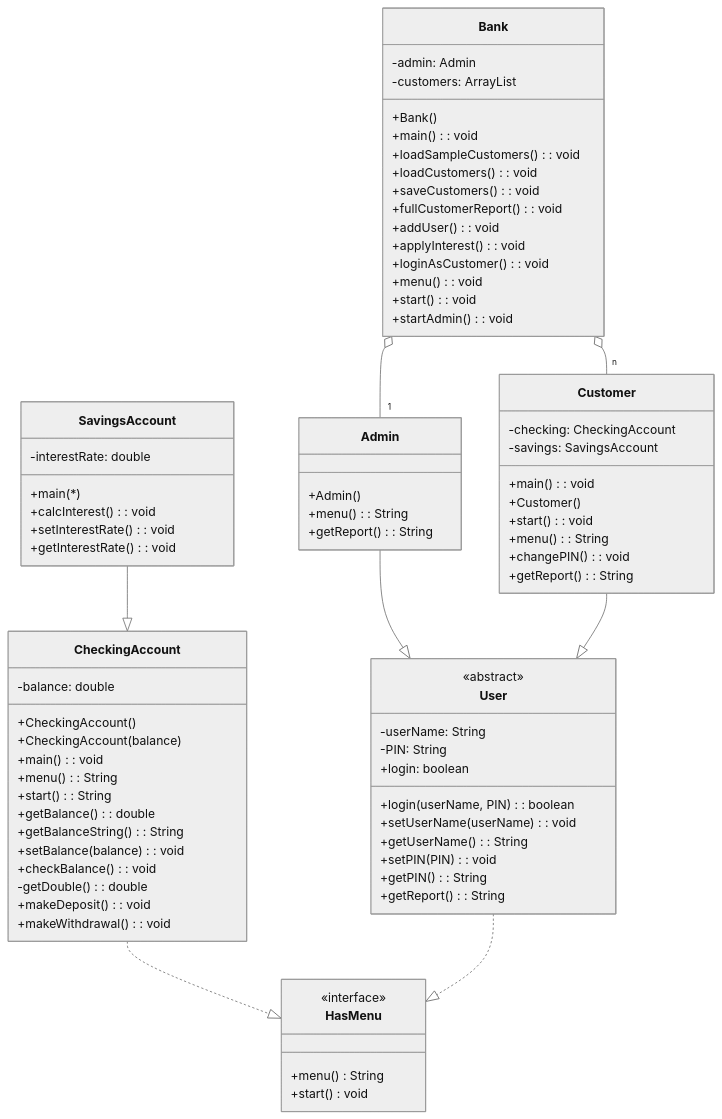
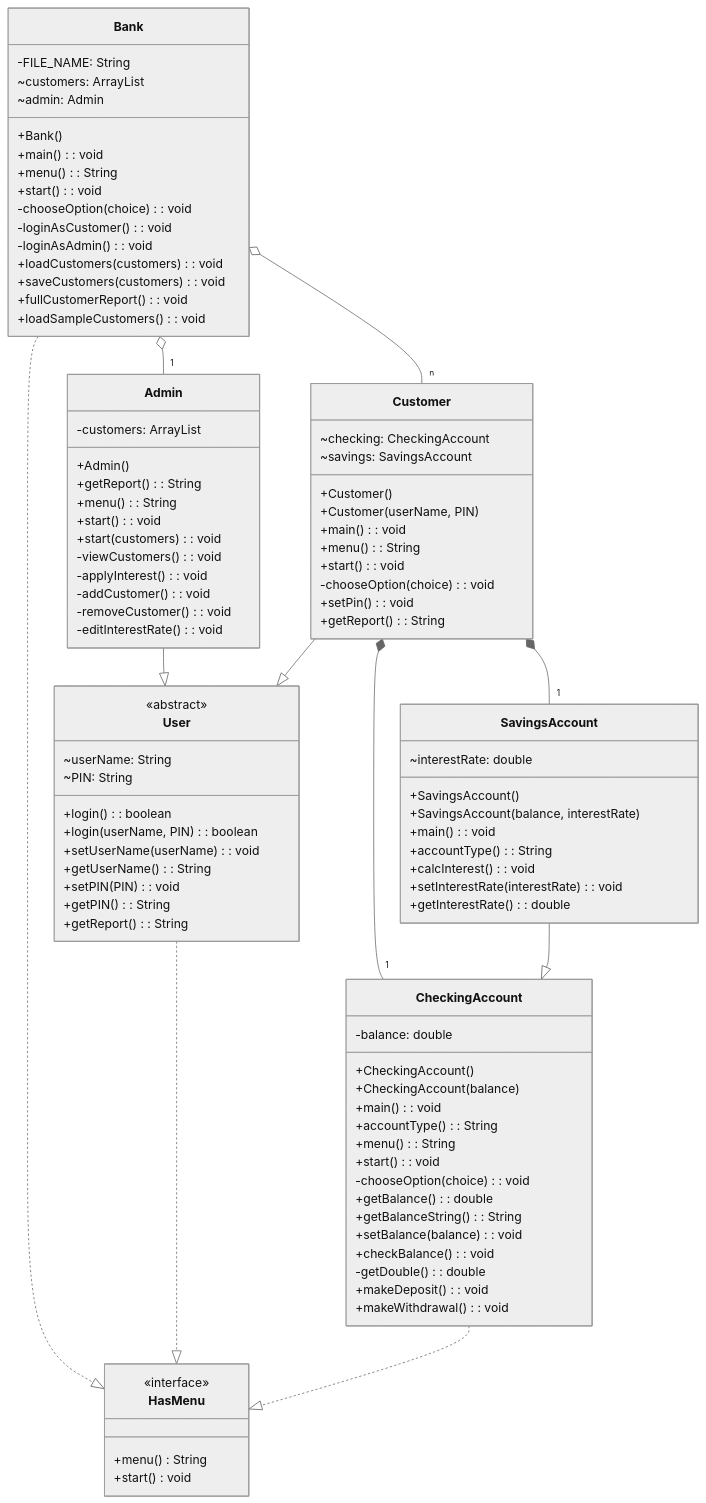
One commit to harmfooly/Bank-On-It-1 changed the diagram in README.md. Above: the diagram before and after it, drawn with Mermaid (neutral theme). The commit also changed other lines of this file, not shown here.

````diff
--- a/README.md
+++ b/README.md
@@ -17,8 +16,10 @@
         +CheckingAccount()
         +CheckingAccount(balance)
         +main(): void
+        +accountType(): String
         +menu(): String
-        +start(): String
+        +start(): void
+        -chooseOption(choice): void
         +getBalance(): double
         +getBalanceString(): String
         +setBalance(balance): void
@@ -29,18 +30,21 @@
     }
 
     class SavingsAccount {
-        -interestRate: double
-        +main(*)
+        ~interestRate: double
+        +SavingsAccount()
+        +SavingsAccount(balance, interestRate)
+        +main(): void
+        +accountType(): String
         +calcInterest(): void
-        +setInterestRate(): void
-        +getInterestRate(): void
+        +setInterestRate(interestRate): void
+        +getInterestRate(): double
     }
 
     class User {
         <<abstract>>
-        -userName: String
-        -PIN: String
-        +login: boolean
+        ~userName: String
+        ~PIN: String
+        +login(): boolean
         +login(userName, PIN): boolean
         +setUserName(userName): void
         +getUserName(): String
@@ -50,44 +54,57 @@
     }
 
     class Admin {
+        -customers: ArrayList
         +Admin()
+        +getReport(): String
         +menu(): String
-        +getReport(): String
+        +start(): void
+        +start(customers): void
+        -viewCustomers(): void
+        -applyInterest(): void
+        -addCustomer(): void
+        -removeCustomer(): void
+        -editInterestRate(): void
     }
 
     class Customer {
-        -checking: CheckingAccount
-        -savings: SavingsAccount
+        ~checking: CheckingAccount
+        ~savings: SavingsAccount
+        +Customer()
+        +Customer(userName, PIN)
         +main(): void
-        +Customer()
+        +menu(): String
         +start(): void
-        +menu(): String
-        +changePIN(): void
+        -chooseOption(choice): void
+        +setPin(): void
         +getReport(): String
     }
 
     class Bank {
-        -admin: Admin
-        -customers: ArrayList
+        -FILE_NAME: String
+        ~customers: ArrayList
+        ~admin: Admin
         +Bank()
         +main(): void
+        +menu(): String
+        +start(): void
+        -chooseOption(choice): void
+        -loginAsCustomer(): void
+        -loginAsAdmin(): void
+        +loadCustomers(customers): void
+        +saveCustomers(customers): void
+        +fullCustomerReport(): void
         +loadSampleCustomers(): void
-        +loadCustomers(): void
-        +saveCustomers(): void
-        +fullCustomerReport(): void
-        +addUser(): void
-        +applyInterest(): void
-        +loginAsCustomer(): void
-        +menu(): void
-        +start(): void
-        +startAdmin(): void
     }
 
     CheckingAccount ..|> HasMenu
     User ..|> HasMenu
+    Bank ..|> HasMenu
     SavingsAccount --|> CheckingAccount
     Admin --|> User
     Customer --|> User
+    Customer *-- "1" CheckingAccount
+    Customer *-- "1" SavingsAccount
     Bank o-- "1" Admin
     Bank o-- "n" Customer
 ```
````
